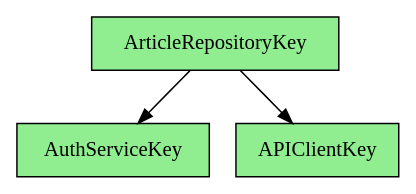
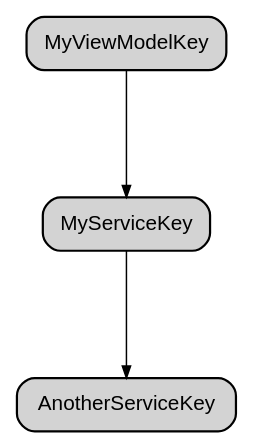
One commit to AxiomOrient/Weaver changed the diagram in README.md. Above: the diagram before and after it, drawn with Graphviz. The commit also changed other lines of this file and 17 other files, not shown here.

````diff
--- a/README.md
+++ b/README.md
@@ -305,11 +316,12 @@
 ```dot
 digraph Dependencies {
+  // Graph layout and style
   rankdir=TB;
-  node [shape=box, style=rounded];
-  "AuthServiceKey" [fillcolor=lightgreen, style=filled];
-  "APIClientKey" [fillcolor=lightgreen, style=filled];
-  "ArticleRepositoryKey" [fillcolor=lightgreen, style=filled];
-  "ArticleRepositoryKey" -> "AuthServiceKey";
-  "ArticleRepositoryKey" -> "APIClientKey";
+  graph [splines=ortho, nodesep=0.8, ranksep=1.2];
+  node [shape=box, style="rounded,filled", fontname="Helvetica", penwidth=1.5];
+  edge [fontname="Helvetica", fontsize=10, arrowsize=0.8];
+
+  "MyViewModelKey" -> "MyServiceKey";
+  "MyServiceKey" -> "AnotherServiceKey";
 }
 ```
````
